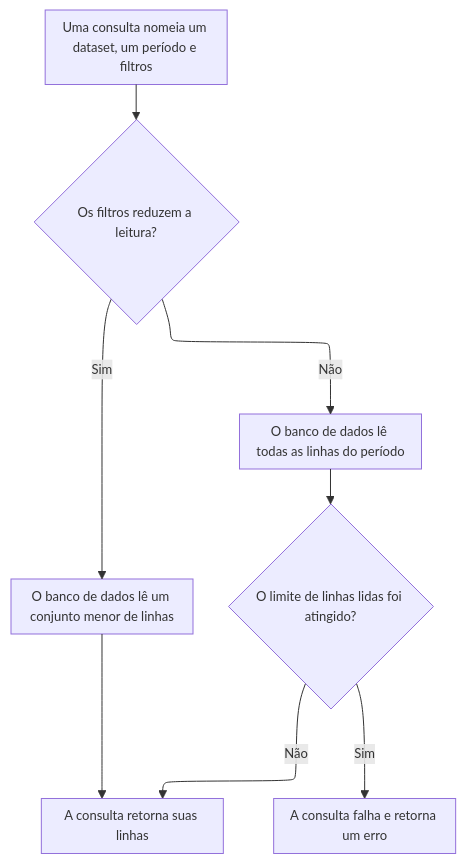
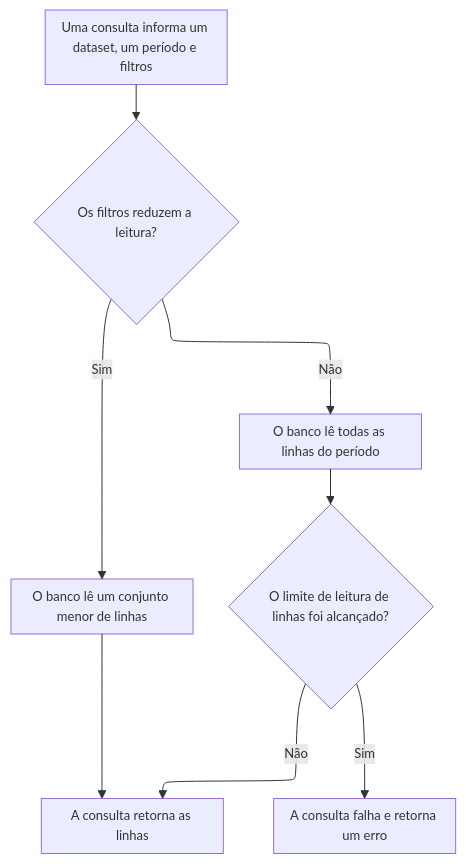
One commit to aziontech/docs changed the second of 2 diagrams in apps/docs/src/content/docs/pt-br/pages/observe/real-time-events/como-funciona.mdx. Above: the diagram before and after it, drawn with Mermaid. The commit also changed other lines of this file and 41 other files, not shown here.

````diff
--- a/apps/docs/src/content/docs/pt-br/pages/observe/real-time-events/como-funciona.mdx
+++ b/apps/docs/src/content/docs/pt-br/pages/observe/real-time-events/como-funciona.mdx
@@ -70,11 +72,11 @@
 ```mermaid
 %%{init: {"layout": "elk", "themeVariables": {"fontSize": "13px"}, "flowchart": {"nodeSpacing": 24, "rankSpacing": 36, "padding": 8, "wrappingWidth": 150, "useMaxWidth": true}, "sequence": {"width": 120, "actorMargin": 30, "useMaxWidth": true}}}%%
 flowchart TD
-  Q["Uma consulta nomeia um dataset, um período e filtros"] --> Narrow{"Os filtros reduzem a leitura?"}
-  Narrow -->|"Sim"| Few["O banco de dados lê um conjunto menor de linhas"]
-  Narrow -->|"Não"| All["O banco de dados lê todas as linhas do período"]
-  Few --> Rows["A consulta retorna suas linhas"]
-  All --> Bound{"O limite de linhas lidas foi atingido?"}
+  Q["Uma consulta informa um dataset, um período e filtros"] --> Narrow{"Os filtros reduzem a leitura?"}
+  Narrow -->|"Sim"| Few["O banco lê um conjunto menor de linhas"]
+  Narrow -->|"Não"| All["O banco lê todas as linhas do período"]
+  Few --> Rows["A consulta retorna as linhas"]
+  All --> Bound{"O limite de leitura de linhas foi alcançado?"}
   Bound -->|"Não"| Rows
   Bound -->|"Sim"| Err["A consulta falha e retorna um erro"]
 ```
````
